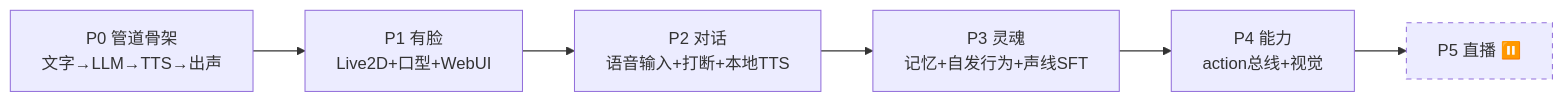
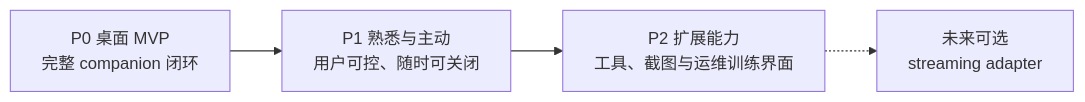
Before and after one commit to Momoyeyu/momo: the diagram in docs/00-context/roadmap.md, drawn with Mermaid. The commit also changed other lines of this file and 122 other files, not shown here.

````diff
--- a/docs/00-context/roadmap.md
+++ b/docs/00-context/roadmap.md
@@ -9,5 +7,6 @@
 ```mermaid
 flowchart LR
-    P0["P0 管道骨架<br/>文字→LLM→TTS→出声"] --> P1["P1 有脸<br/>Live2D+口型+WebUI"] --> P2["P2 对话<br/>语音输入+打断+本地TTS"] --> P3["P3 灵魂<br/>记忆+自发行为+声线SFT"] --> P4["P4 能力<br/>action总线+视觉"] --> P5["P5 直播 ⏸️"]
-    style P5 stroke-dasharray: 5 5
+    P0["P0 桌面 MVP<br/>完整 companion 闭环"] --> P1["P1 熟悉与主动<br/>用户可控、随时可关闭"]
+    P1 --> P2["P2 扩展能力<br/>工具、截图与运维训练界面"]
+    P2 -.-> FUTURE["未来可选<br/>streaming adapter"]
 ```
````
